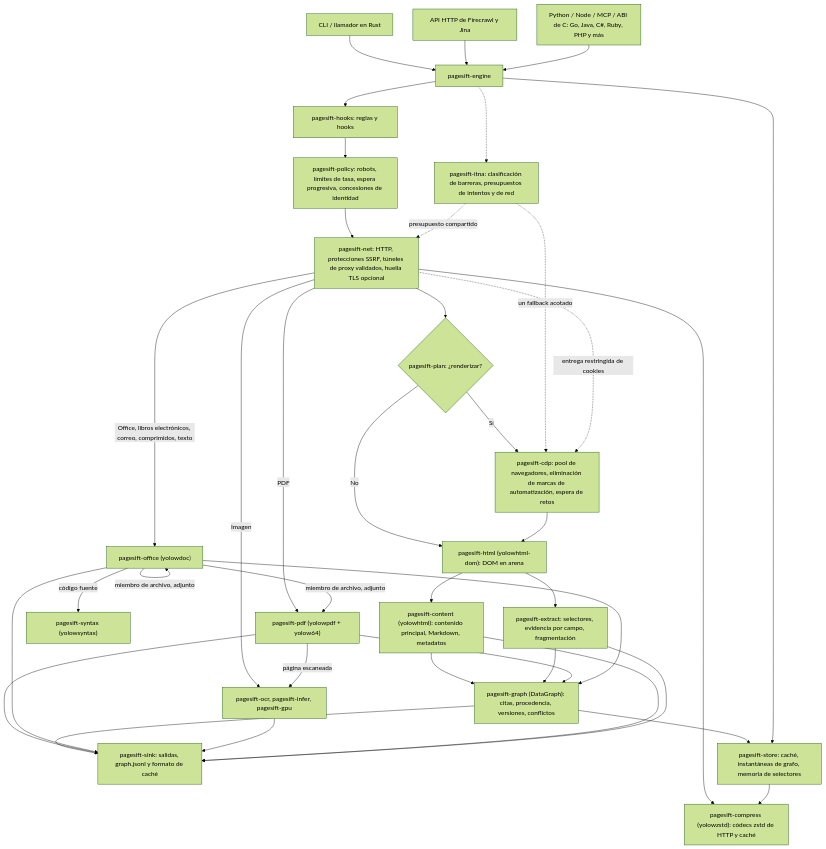
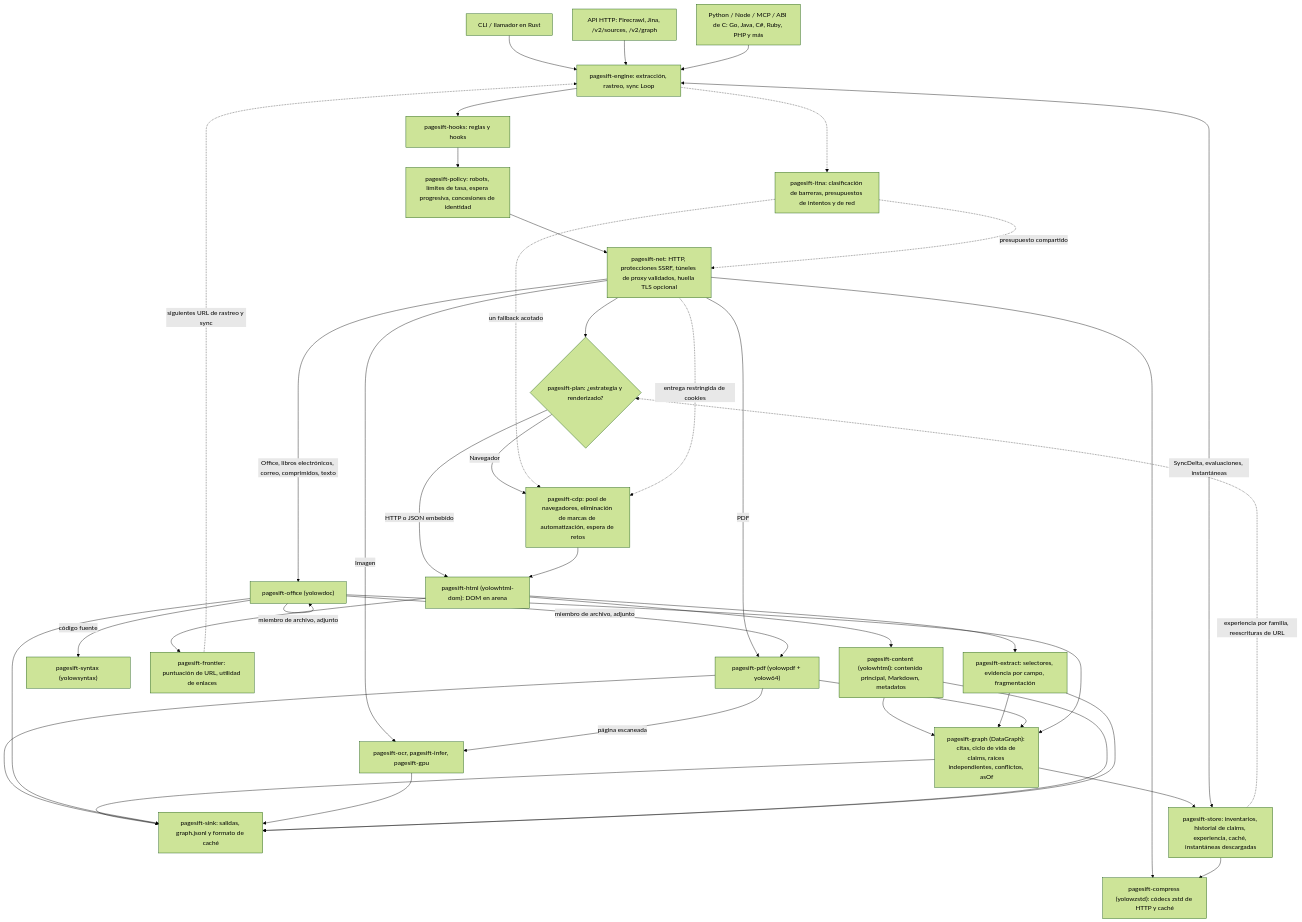
One commit to YOLOW92/pagesift changed the second of 3 diagrams in docs/README.es.md. Above: the diagram before and after it, drawn with Mermaid (forest theme). The commit also changed other lines of this file and 126 other files, not shown here.

````diff
--- a/docs/README.es.md
+++ b/docs/README.es.md
@@ -235,40 +236,43 @@
 ```mermaid
 flowchart TD
-    CLI[CLI / llamador en Rust] --> Engine[pagesift-engine]
-    HTTP[API HTTP de Firecrawl y Jina] --> Engine
-    Bindings[Python / Node / MCP / ABI de C: Go, Java, C#, Ruby, PHP y más] --> Engine
-    Engine --> Hooks[pagesift-hooks: reglas y hooks]
-    Hooks --> Policy[pagesift-policy: robots, límites de tasa, espera progresiva, concesiones de identidad]
-    Policy --> Net[pagesift-net: HTTP, protecciones SSRF, túneles de proxy validados, huella TLS opcional]
-    Net --> Plan{pagesift-plan: ¿renderizar?}
-    Plan -->|No| DOM["pagesift-html (yolowhtml-dom): DOM en arena"]
-    Plan -->|Sí| CDP[pagesift-cdp: pool de navegadores, eliminación de marcas de automatización, espera de retos]
+    CLI["CLI / llamador en Rust"] --> Engine["pagesift-engine: extracción, rastreo, sync Loop"]
+    HTTP["API HTTP: Firecrawl, Jina, /v2/sources, /v2/graph"] --> Engine
+    Bindings["Python / Node / MCP / ABI de C: Go, Java, C#, Ruby, PHP y más"] --> Engine
+    Engine --> Hooks["pagesift-hooks: reglas y hooks"]
+    Hooks --> Policy["pagesift-policy: robots, límites de tasa, espera progresiva, concesiones de identidad"]
+    Policy --> Net["pagesift-net: HTTP, protecciones SSRF, túneles de proxy validados, huella TLS opcional"]
+    Net --> Plan{"pagesift-plan: ¿estrategia y renderizado?"}
+    Plan -->|HTTP o JSON embebido| DOM["pagesift-html (yolowhtml-dom): DOM en arena"]
+    Plan -->|Navegador| CDP["pagesift-cdp: pool de navegadores, eliminación de marcas de automatización, espera de retos"]
     CDP --> DOM
     Net -->|PDF| PDF["pagesift-pdf (yolowpdf + yolow64)"]
     Net -->|Office, libros electrónicos, correo, comprimidos, texto| Office["pagesift-office (yolowdoc)"]
-    Net -->|Imagen| OCR[pagesift-ocr, pagesift-infer, pagesift-gpu]
+    Net -->|Imagen| OCR["pagesift-ocr, pagesift-infer, pagesift-gpu"]
     Office -->|miembro de archivo, adjunto| Office
     Office -->|miembro de archivo, adjunto| PDF
     Office -->|código fuente| Syntax["pagesift-syntax (yolowsyntax)"]
     PDF -->|página escaneada| OCR
+    DOM --> Frontier["pagesift-frontier: puntuación de URL, utilidad de enlaces"]
+    Frontier -.->|siguientes URL de rastreo y sync| Engine
     DOM --> Content["pagesift-content (yolowhtml): contenido principal, Markdown, metadatos"]
-    DOM --> Extract[pagesift-extract: selectores, evidencia por campo, fragmentación]
-    Content --> Graph["pagesift-graph (DataGraph): citas, procedencia, versiones, conflictos"]
+    DOM --> Extract["pagesift-extract: selectores, evidencia por campo, fragmentación"]
+    Content --> Graph["pagesift-graph (DataGraph): citas, ciclo de vida de claims, raíces independientes, conflictos, asOf"]
     Extract --> Graph
     PDF --> Graph
     Office --> Graph
-    Graph --> Sink[pagesift-sink: salidas, graph.jsonl y formato de caché]
+    Graph --> Sink["pagesift-sink: salidas, graph.jsonl y formato de caché"]
     PDF --> Sink
     Office --> Sink
     OCR --> Sink
     Content --> Sink
     Extract --> Sink
-    Graph --> Store[pagesift-store: caché, instantáneas de grafo, memoria de selectores]
-    Engine --> Store
+    Graph --> Store["pagesift-store: inventarios, historial de claims, experiencia, caché, instantáneas descargadas"]
+    Engine <-->|SyncDelta, evaluaciones, instantáneas| Store
+    Store -.->|experiencia por familia, reescrituras de URL| Plan
     Net --> Compress["pagesift-compress (yolowzstd): códecs zstd de HTTP y caché"]
     Store --> Compress
-    Engine -.-> ITNA[pagesift-itna: clasificación de barreras, presupuestos de intentos y de red]
+    Engine -.-> ITNA["pagesift-itna: clasificación de barreras, presupuestos de intentos y de red"]
     ITNA -.->|presupuesto compartido| Net
     ITNA -.->|un fallback acotado| CDP
     Net -.->|entrega restringida de cookies| CDP
 ```
````
